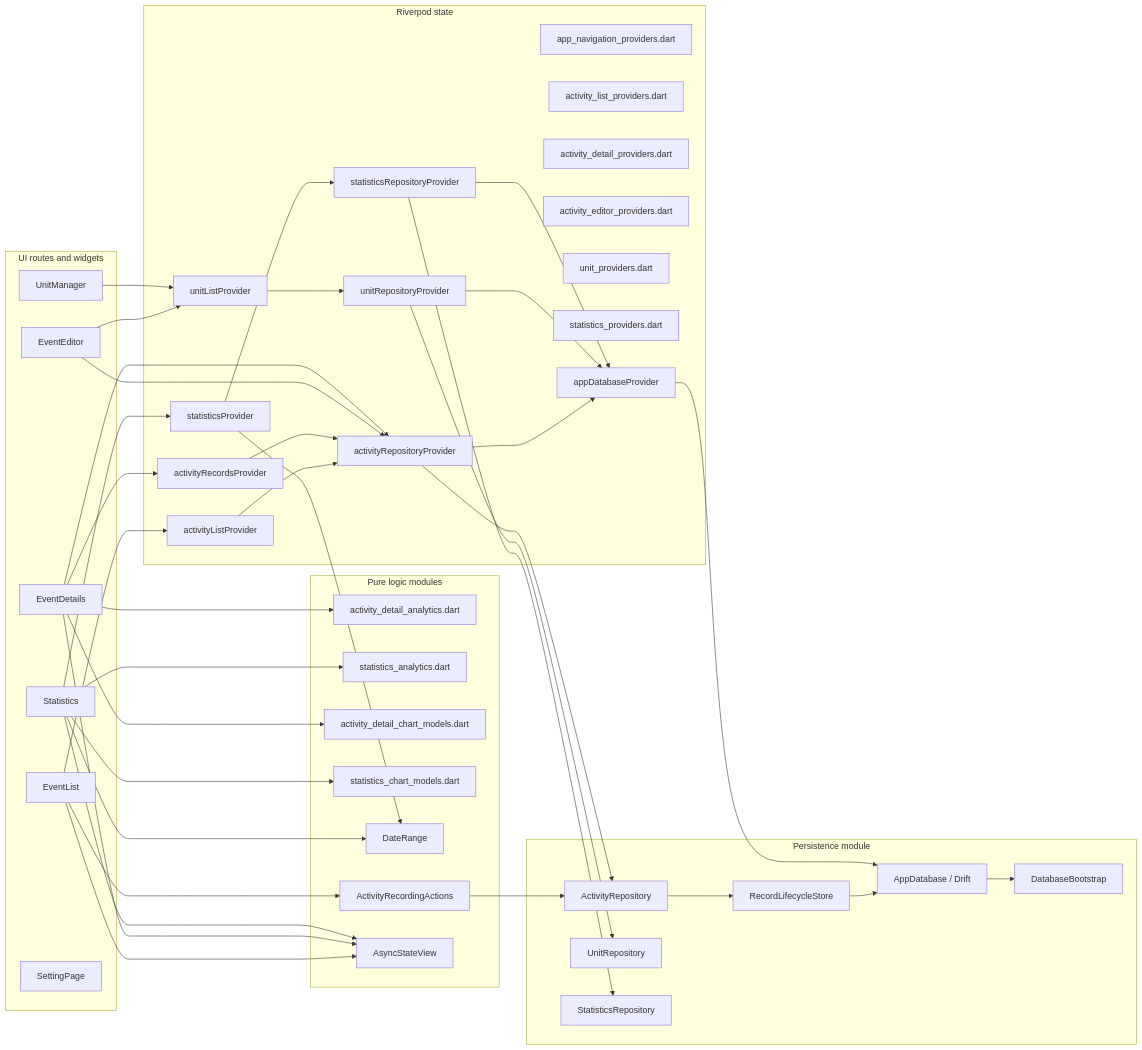
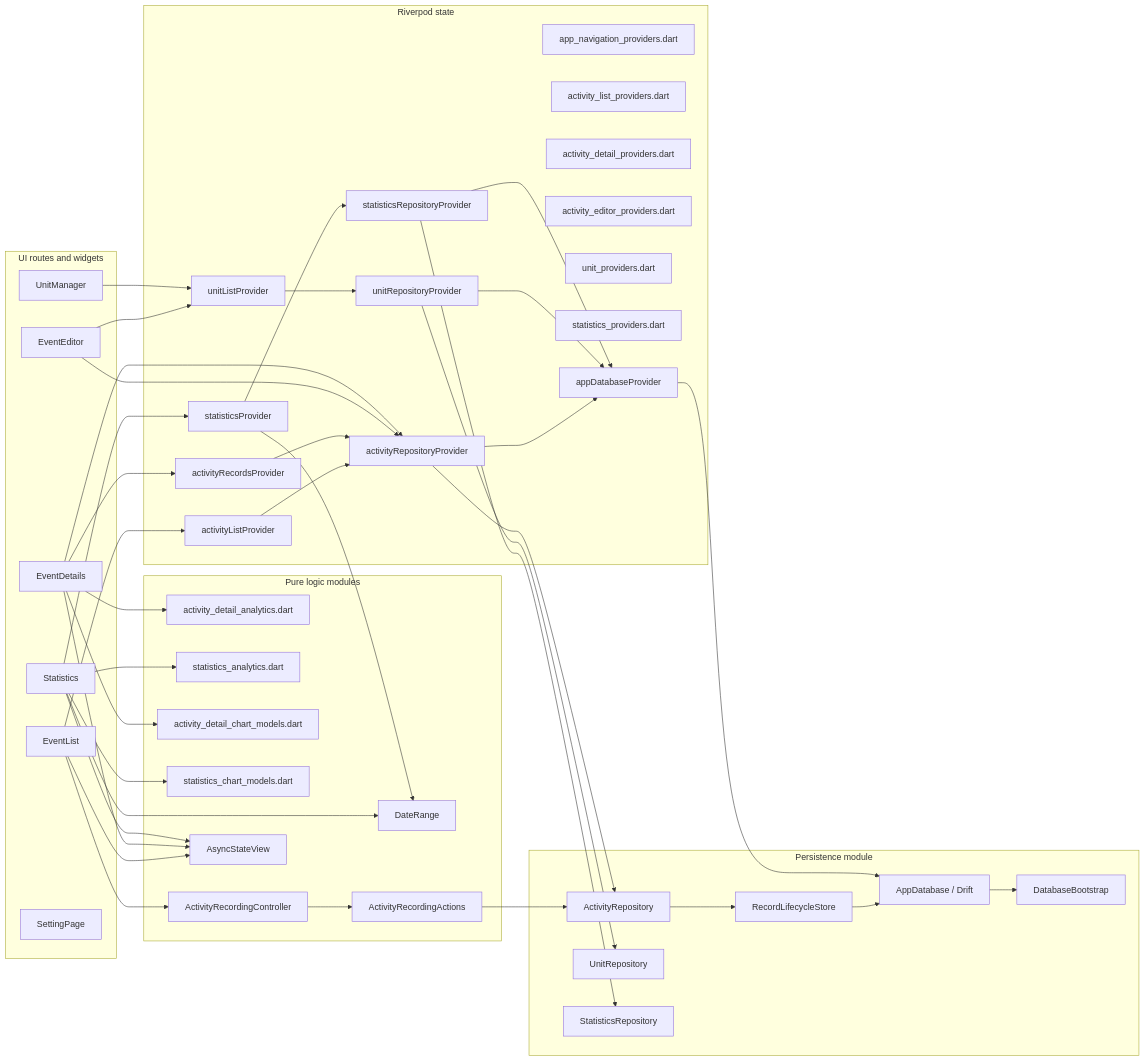
One commit to Guoyuer/eventTracker changed the first of 6 diagrams in docs/architecture/module-flow.md. Above: the diagram before and after it, drawn with Mermaid. The commit also changed other lines of this file and 10 other files, not shown here.

Commit message:
Deepen activity recording interactions

````diff
--- a/docs/architecture/module-flow.md
+++ b/docs/architecture/module-flow.md
@@ -7,80 +7,82 @@
 ```mermaid
 flowchart LR
   subgraph UI["UI routes and widgets"]
     EventList["EventList"]
     EventDetails["EventDetails"]
     Statistics["Statistics"]
     EventEditor["EventEditor"]
     UnitManager["UnitManager"]
     Settings["SettingPage"]
   end
 
   subgraph Logic["Pure logic modules"]
     ActivityDetailAnalytics["activity_detail_analytics.dart"]
     StatisticsAnalytics["statistics_analytics.dart"]
     ActivityDetailChartModels["activity_detail_chart_models.dart"]
     StatisticsChartModels["statistics_chart_models.dart"]
     DateRange["DateRange"]
+    ActivityRecordingController["ActivityRecordingController"]
     ActivityRecordingActions["ActivityRecordingActions"]
     AsyncStateView["AsyncStateView"]
   end
 
   subgraph State["Riverpod state"]
     AppNavigationProviders["app_navigation_providers.dart"]
     ActivityListProviders["activity_list_providers.dart"]
     ActivityDetailProviders["activity_detail_providers.dart"]
     ActivityEditorProviders["activity_editor_providers.dart"]
     UnitProviders["unit_providers.dart"]
     StatisticsProviders["statistics_providers.dart"]
     AppDatabaseProvider["appDatabaseProvider"]
     ActivityRepositoryProvider["activityRepositoryProvider"]
     UnitRepositoryProvider["unitRepositoryProvider"]
     StatisticsRepositoryProvider["statisticsRepositoryProvider"]
     ActivityListProvider["activityListProvider"]
     ActivityRecordsProvider["activityRecordsProvider"]
     UnitListProvider["unitListProvider"]
     StatisticsProvider["statisticsProvider"]
   end
 
   subgraph Persistence["Persistence module"]
     DatabaseBootstrap["DatabaseBootstrap"]
     ActivityRepository["ActivityRepository"]
     RecordLifecycleStore["RecordLifecycleStore"]
     UnitRepository["UnitRepository"]
     StatisticsRepository["StatisticsRepository"]
     AppDatabase["AppDatabase / Drift"]
   end
 
   EventList --> ActivityListProvider
-  EventList --> ActivityRecordingActions
+  EventList --> ActivityRecordingController
   EventList --> AsyncStateView
+  ActivityRecordingController --> ActivityRecordingActions
   ActivityRecordingActions --> ActivityRepository
   ActivityListProvider --> ActivityRepositoryProvider
   EventDetails --> ActivityRecordsProvider
   EventDetails --> AsyncStateView
   ActivityRecordsProvider --> ActivityRepositoryProvider
   EventEditor --> UnitListProvider
   UnitManager --> UnitListProvider
   UnitListProvider --> UnitRepositoryProvider
   Statistics --> StatisticsProvider
   Statistics --> AsyncStateView
   Statistics --> DateRange
   StatisticsProvider --> StatisticsRepositoryProvider
   StatisticsProvider --> DateRange
   EventEditor --> ActivityRepositoryProvider
   EventDetails --> ActivityDetailAnalytics
   EventDetails --> ActivityDetailChartModels
   EventDetails --> ActivityRepositoryProvider
   Statistics --> StatisticsAnalytics
   Statistics --> StatisticsChartModels
   ActivityRepositoryProvider --> ActivityRepository
   ActivityRepository --> RecordLifecycleStore
   RecordLifecycleStore --> AppDatabase
   UnitRepositoryProvider --> UnitRepository
   StatisticsRepositoryProvider --> StatisticsRepository
   ActivityRepositoryProvider --> AppDatabaseProvider
   UnitRepositoryProvider --> AppDatabaseProvider
   StatisticsRepositoryProvider --> AppDatabaseProvider
   AppDatabaseProvider --> AppDatabase
   AppDatabase --> DatabaseBootstrap
 ```
````
